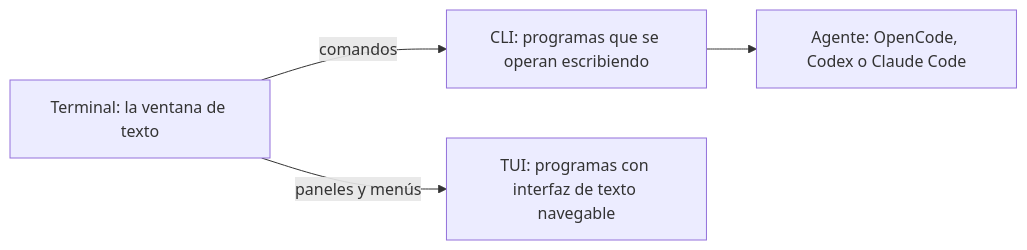
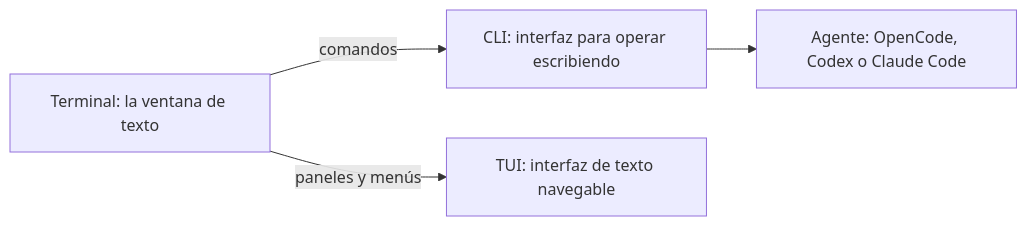
The fifth of 6 diagrams in src/content/docs/01-fundamentos-tecnologicos/04-frontend-backend.md (harrysxavio/gentle-ai-manual), drawn with Mermaid before and after one commit. The commit also changed other lines of this file and 2 other files, not shown here.

Commit message:
docs: define CLI and TUI as interfaces, not program types, after codex review

````diff
--- a/src/content/docs/01-fundamentos-tecnologicos/04-frontend-backend.md
+++ b/src/content/docs/01-fundamentos-tecnologicos/04-frontend-backend.md
@@ -143,6 +143,6 @@
 ```mermaid
 flowchart LR
-    T["Terminal: la ventana de texto"] -->|"comandos"| C["CLI: programas que se operan escribiendo"]
-    T -->|"paneles y menús"| U["TUI: programas con interfaz de texto navegable"]
+    T["Terminal: la ventana de texto"] -->|"comandos"| C["CLI: interfaz para operar escribiendo"]
+    T -->|"paneles y menús"| U["TUI: interfaz de texto navegable"]
     C --> A["Agente: OpenCode, Codex o Claude Code"]
 ```
````
